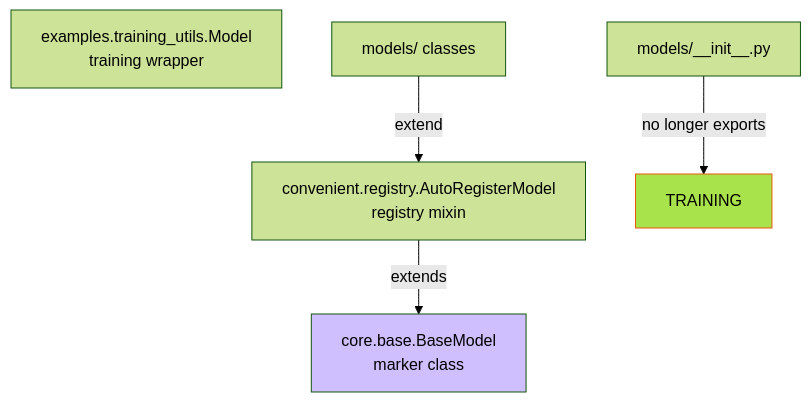
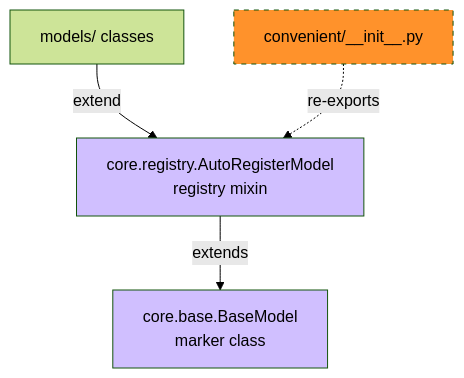
One commit to algorithmx/gnn_pde_v2 changed the seventh of 10 diagrams in docs/architecture-dependencies.md. Above: the diagram before and after it, drawn with Mermaid (forest theme). The commit also changed other lines of this file and 10 other files, not shown here.

````diff
--- a/docs/architecture-dependencies.md
+++ b/docs/architecture-dependencies.md
@@ -296,13 +293,14 @@
 ```mermaid
 graph TD
     BASE[core.base.BaseModel<br/>marker class]
-    TRAINING_EXAMPLES[examples.training_utils.Model<br/>training wrapper]
-    AUTO[convenient.registry.AutoRegisterModel<br/>registry mixin]
+    REGISTRY[core.registry.AutoRegisterModel<br/>registry mixin]
 
-    AUTO -->|extends| BASE
-    MODELS[models/ classes] -->|extend| AUTO
-    MODELS2[models/__init__.py] -->|no longer exports| TRAINING
+    REGISTRY -->|extends| BASE
+    MODELS[models/ classes] -->|extend| REGISTRY
 
-    style TRAINING fill:#a9e34b,stroke:#e8590c
+    CONV_REEXPORT[convenient/__init__.py] -.->|re-exports| REGISTRY
+
+    style REGISTRY fill:#d0bfff
     style BASE fill:#d0bfff
+    style CONV_REEXPORT fill:#ff922b,stroke-dasharray: 5 5
 ```
````
